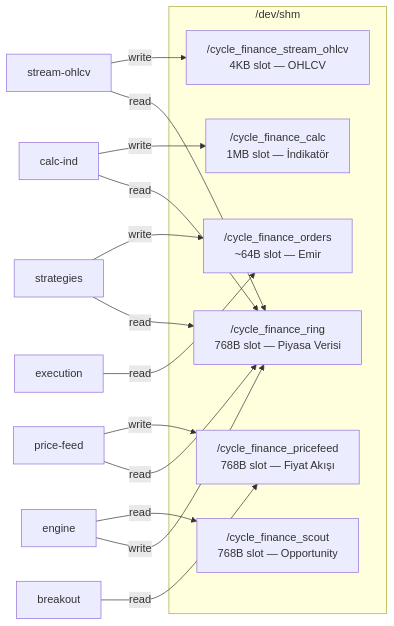
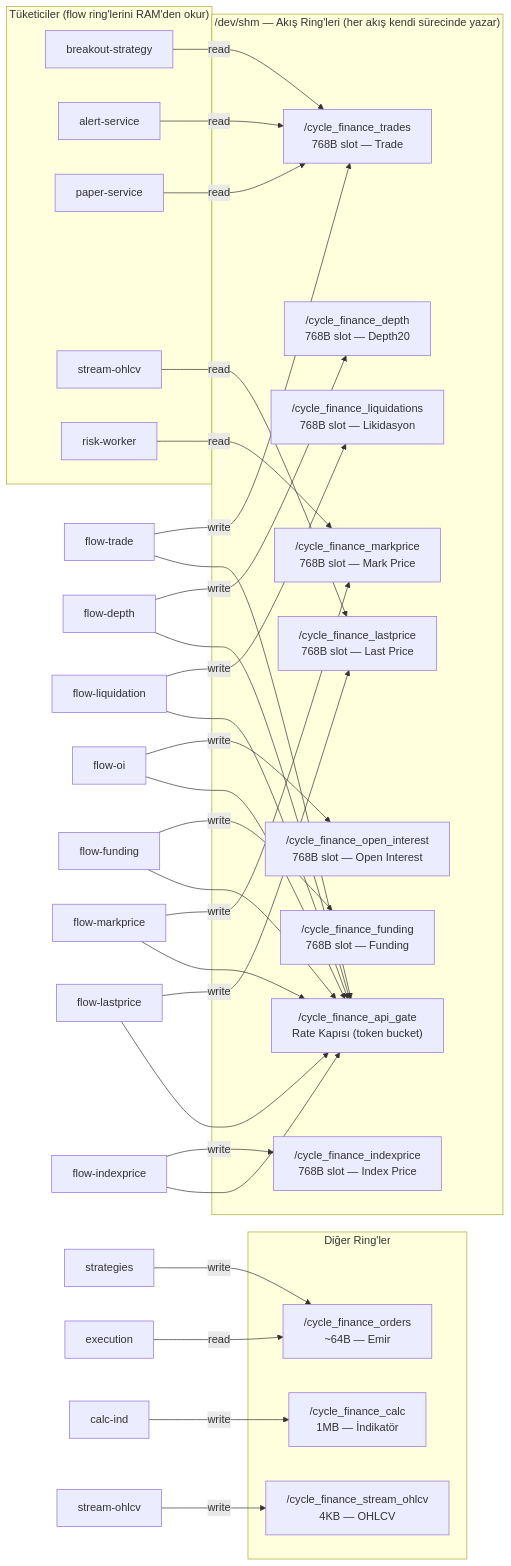
Before and after one commit to Quant-Trade-Lab-Community/cycle_finance_bot: the tenth of 10 diagrams in cycle-engine/cycle_engine_architecture.md, drawn with Mermaid. The commit also changed other lines of this file and 105 other files, not shown here.

Commit message:
feat: flows veri hattı — 8 bağımsız akış (WS/REST → ring → TimescaleDB), rate gate, REST fallback + weight izleme; price-feed kaldırıldı; ai-engine & unused_services Desktop'a taşındı

````diff
--- a/cycle-engine/cycle_engine_architecture.md
+++ b/cycle-engine/cycle_engine_architecture.md
@@ -526,24 +647,50 @@
 ```mermaid
 graph LR
-    subgraph "/dev/shm"
-        R1["/cycle_finance_ring<br/>768B slot — Piyasa Verisi"]
-        R2["/cycle_finance_orders<br/>~64B slot — Emir"]
-        R3["/cycle_finance_calc<br/>1MB slot — İndikatör"]
-        R4["/cycle_finance_stream_ohlcv<br/>4KB slot — OHLCV"]
-        R5["/cycle_finance_scout<br/>768B slot — Opportunity"]
-        R6["/cycle_finance_pricefeed<br/>768B slot — Fiyat Akışı"]
+    subgraph "/dev/shm — Akış Ring'leri (her akış kendi sürecinde yazar)"
+        R1["/cycle_finance_trades<br/>768B slot — Trade"]
+        R2["/cycle_finance_depth<br/>768B slot — Depth20"]
+        R3["/cycle_finance_liquidations<br/>768B slot — Likidasyon"]
+        R4["/cycle_finance_open_interest<br/>768B slot — Open Interest"]
+        R5["/cycle_finance_funding<br/>768B slot — Funding"]
+        R6["/cycle_finance_markprice<br/>768B slot — Mark Price"]
+        R7["/cycle_finance_lastprice<br/>768B slot — Last Price"]
+        R8["/cycle_finance_indexprice<br/>768B slot — Index Price"]
+        G1["/cycle_finance_api_gate<br/>Rate Kapısı (token bucket)"]
     end
 
-    EN["engine"] -->|write| R1
-    EN -->|read| R5
-    ST["strategies"] -->|read| R1
-    ST -->|write| R2
-    EX["execution"] -->|read| R2
-    CI["calc-ind"] -->|read| R1
-    CI -->|write| R3
-    SO["stream-ohlcv"] -->|read| R1
-    SO -->|write| R4
-    PF["price-feed"] -->|read| R1
-    PF -->|write| R6
-    BS["breakout"] -->|read| R6
+    F1["flow-trade"] -->|write| R1
+    F2["flow-depth"] -->|write| R2
+    F3["flow-liquidation"] -->|write| R3
+    F4["flow-oi"] -->|write| R4
+    F5["flow-funding"] -->|write| R5
+    F6["flow-markprice"] -->|write| R6
+    F7["flow-lastprice"] -->|write| R7
+    F8["flow-indexprice"] -->|write| R8
+    F1 --> G1
+    F2 --> G1
+    F3 --> G1
+    F4 --> G1
+    F5 --> G1
+    F6 --> G1
+    F7 --> G1
+    F8 --> G1
+
+    subgraph "Diğer Ring'ler"
+        R9["/cycle_finance_orders<br/>~64B — Emir"]
+        R10["/cycle_finance_calc<br/>1MB — İndikatör"]
+        R11["/cycle_finance_stream_ohlcv<br/>4KB — OHLCV"]
+    end
+
+    ST["strategies"] -->|write| R9
+    EX["execution"] -->|read| R9
+    CI["calc-ind"] -->|write| R10
+    SO["stream-ohlcv"] -->|write| R11
+
+    subgraph "Tüketiciler (flow ring'lerini RAM'den okur)"
+        C1["breakout-strategy"] -->|read| R1
+        C2["alert-service"] -->|read| R1
+        C4["paper-service"] -->|read| R1
+        C5["stream-ohlcv"] -->|read| R7
+        C6["risk-worker"] -->|read| R6
+    end
 ```
````
